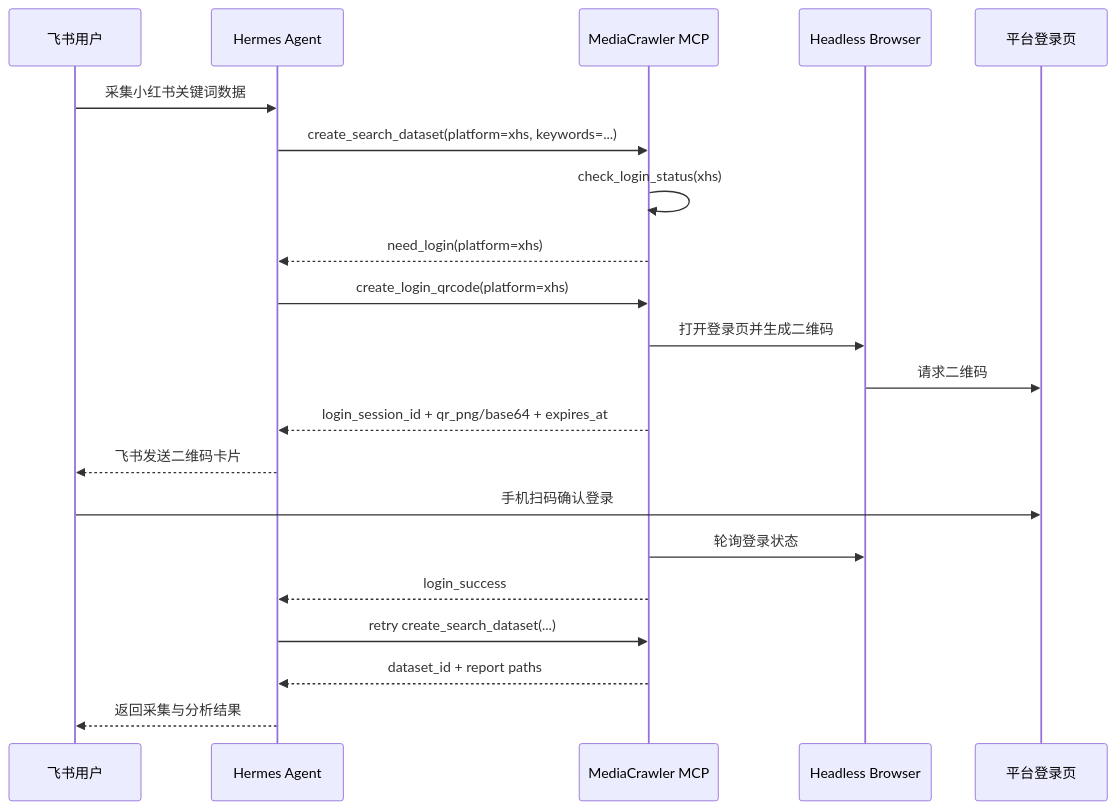
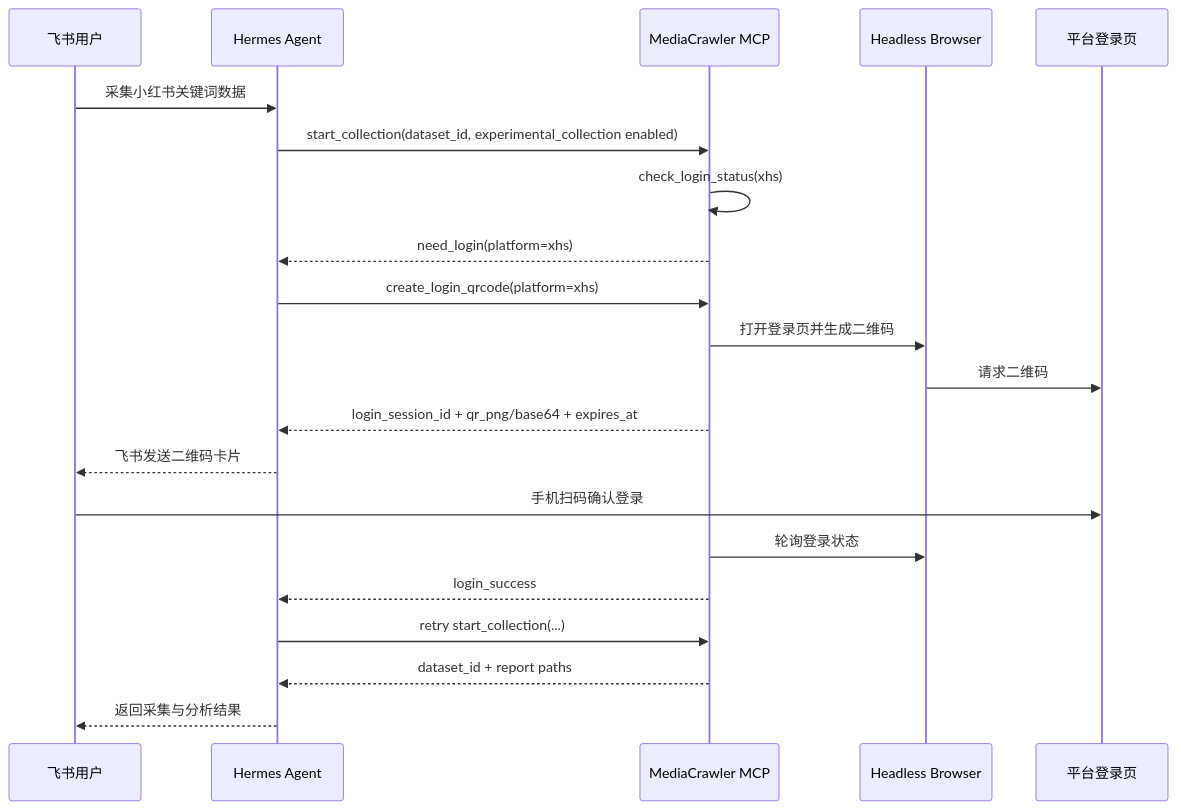
The diagram in docs/服务器登录态与飞书二维码方案.md (ran550160-hue/MediaCrawler), drawn with Mermaid before and after one commit. The commit also changed other lines of this file and 19 other files, not shown here.

````diff
--- a/docs/服务器登录态与飞书二维码方案.md
+++ b/docs/服务器登录态与飞书二维码方案.md
@@ -45,24 +50,24 @@
 ```mermaid
 sequenceDiagram
     participant U as 飞书用户
     participant H as Hermes Agent
     participant M as MediaCrawler MCP
     participant B as Headless Browser
     participant P as 平台登录页
 
     U->>H: 采集小红书关键词数据
-    H->>M: create_search_dataset(platform=xhs, keywords=...)
+    H->>M: start_collection(dataset_id, experimental_collection enabled)
     M->>M: check_login_status(xhs)
     M-->>H: need_login(platform=xhs)
     H->>M: create_login_qrcode(platform=xhs)
     M->>B: 打开登录页并生成二维码
     B->>P: 请求二维码
     M-->>H: login_session_id + qr_png/base64 + expires_at
     H-->>U: 飞书发送二维码卡片
     U->>P: 手机扫码确认登录
     M->>B: 轮询登录状态
     M-->>H: login_success
-    H->>M: retry create_search_dataset(...)
+    H->>M: retry start_collection(...)
     M-->>H: dataset_id + report paths
     H-->>U: 返回采集与分析结果
 ```
````
